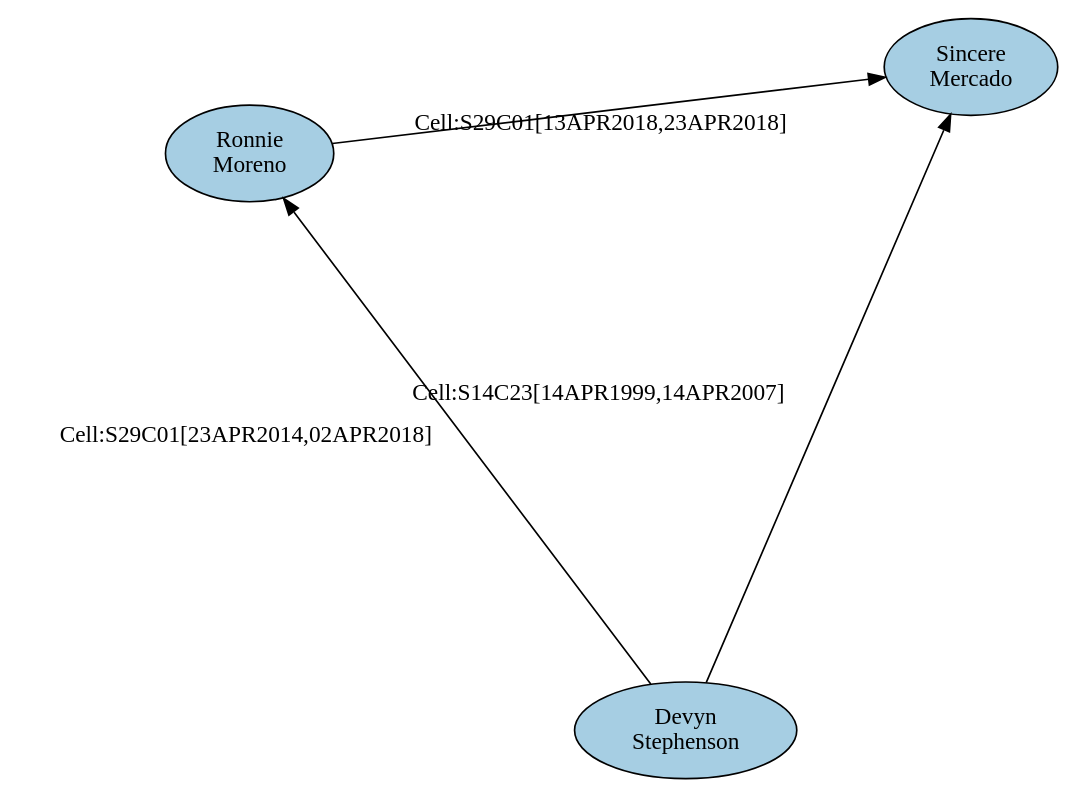
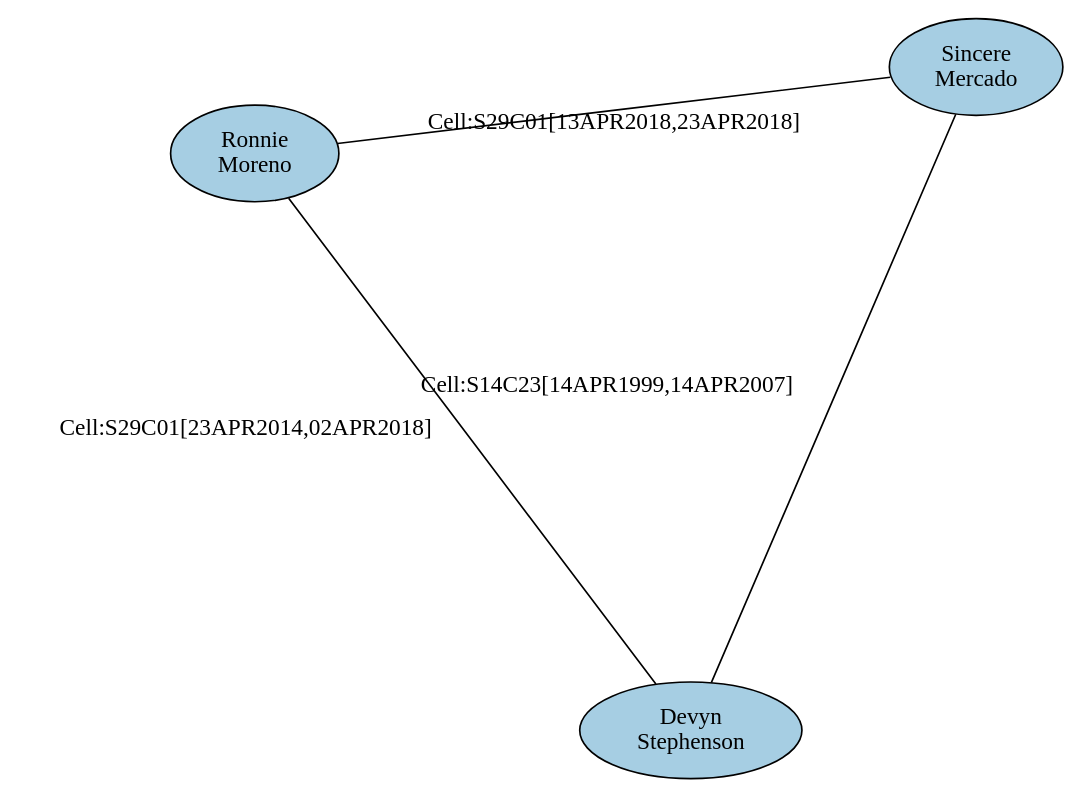
The diagram in applications/social/inmate-network/dot/query_4_match_5.dot (dtherrick/network-analysis), drawn with Graphviz before and after one commit. The commit also changed 14 other files, not shown here.

```diff
--- a/applications/social/inmate-network/dot/query_4_match_5.dot
+++ b/applications/social/inmate-network/dot/query_4_match_5.dot
@@ -1,13 +1,13 @@
-digraph G {
+graph G {
 layout=sfdp
 node[colorscheme=paired8, style=filled, color=black, fixedSize=true, width=1.4, height=.8]
 "I37385"[fillcolor= "1",label= "Sincere
 Mercado"]
 "I18758"[fillcolor= "1",label= "Ronnie
 Moreno"]
 "I16215"[fillcolor= "1",label= "Devyn
 Stephenson"]
-"I16215" -> "I18758"[label= "Cell:S29C01[23APR2014,02APR2018]"]
-"I16215" -> "I37385"[label= "Cell:S14C23[14APR1999,14APR2007]"]
-"I18758" -> "I37385"[label= "Cell:S29C01[13APR2018,23APR2018]"]
+"I16215" -- "I18758"[label= "Cell:S29C01[23APR2014,02APR2018]"]
+"I16215" -- "I37385"[label= "Cell:S14C23[14APR1999,14APR2007]"]
+"I18758" -- "I37385"[label= "Cell:S29C01[13APR2018,23APR2018]"]
 }
```
